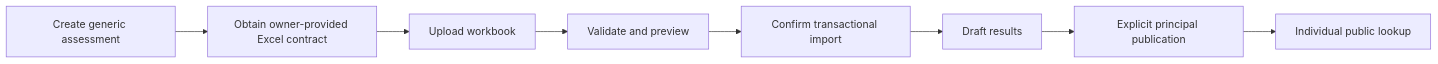
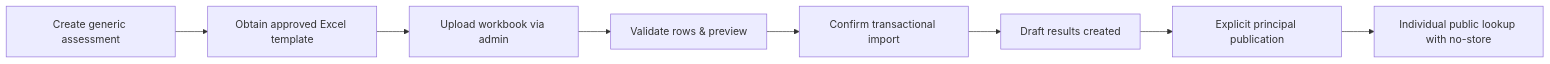
The third of 3 diagrams in docs/architecture/FLOW.md (Rorfost/school-platform), drawn with Mermaid before and after one commit. The commit also changed other lines of this file and 31 other files, not shown here.

````diff
--- a/docs/architecture/FLOW.md
+++ b/docs/architecture/FLOW.md
@@ -33,10 +66,10 @@
 ```mermaid
 flowchart LR
-  A[Create generic assessment] --> B[Obtain owner-provided Excel contract]
-  B --> C[Upload workbook]
-  C --> D[Validate and preview]
+  A[Create generic assessment] --> B[Obtain approved Excel template]
+  B --> C[Upload workbook via admin]
+  C --> D[Validate rows & preview]
   D --> E[Confirm transactional import]
-  E --> F[Draft results]
+  E --> F[Draft results created]
   F --> G[Explicit principal publication]
-  G --> H[Individual public lookup]
+  G --> H[Individual public lookup with no-store]
 ```
````
